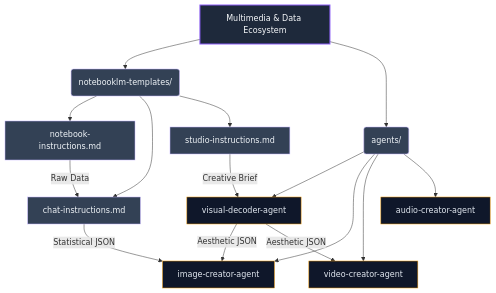
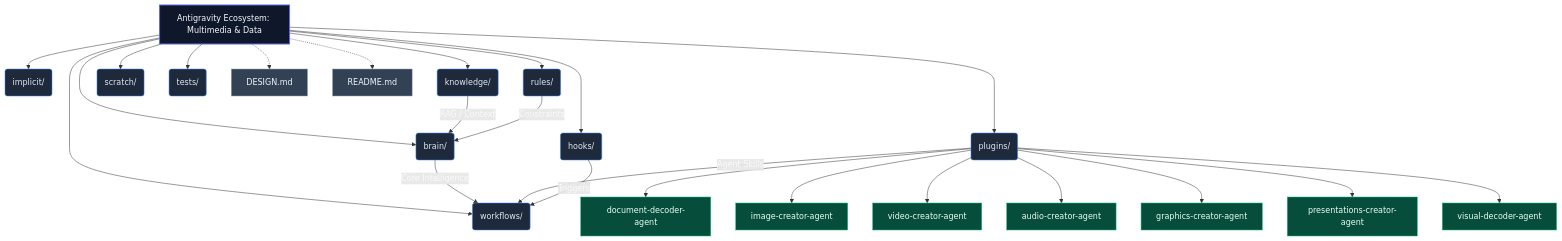
Before and after one commit to Nomackleo/agents-factory: the diagram in agents-factory/multimedia-data-ecosystem/README.md, drawn with Mermaid. The commit also changed other lines of this file and 83 other files, not shown here.

Commit message:
feat: implement codebase-memory-mcp (SQLite) and graphify CLI indexer

````diff
--- a/agents-factory/multimedia-data-ecosystem/README.md
+++ b/agents-factory/multimedia-data-ecosystem/README.md
@@ -15,34 +14,47 @@
 ```mermaid
 graph TD
     %% Core Nodes
-    A[Multimedia & Data Ecosystem] --> B(notebooklm-templates/)
-    A --> C(agents/)
+    A[Antigravity Ecosystem: Multimedia & Data]
+    
+    %% Folders
+    A --> B(brain/)
+    A --> C(hooks/)
+    A --> D(implicit/)
+    A --> E(knowledge/)
+    A --> F(plugins/)
+    A --> G(rules/)
+    A --> H(scratch/)
+    A --> I(tests/)
+    A --> J(workflows/)
+    
+    %% Documents
+    A -.-> K[DESIGN.md]
+    A -.-> L[README.md]
 
-    %% NotebookLM
-    B --> B1[notebook-instructions.md]
-    B --> B2[chat-instructions.md]
-    B --> B3[studio-instructions.md]
+    %% Dependencies
+    B -->|Core Intelligence| J
+    F -->|Agent Skills| J
+    E -->|RAG / Context| B
+    G -->|Constraints| B
+    C -->|Triggers| J
     
-    %% Gemini Agents
-    C --> C1[visual-decoder-agent]
-    C --> C2[image-creator-agent]
-    C --> C3[video-creator-agent]
-    C --> C4[audio-creator-agent]
+    %% Plugins breakdown
+    F --> F1[document-decoder-agent]
+    F --> F2[image-creator-agent]
+    F --> F3[video-creator-agent]
+    F --> F4[audio-creator-agent]
+    F --> F5[graphics-creator-agent]
+    F --> F6[presentations-creator-agent]
+    F --> F7[visual-decoder-agent]
 
-    %% Interactions (Data Flow)
-    B1 -->|Raw Data| B2
-    B2 -->|Statistical JSON| C2
-    B3 -->|Creative Brief| C1
-    C1 -->|Aesthetic JSON| C2
-    C1 -->|Aesthetic JSON| C3
+    %% Styling
+    classDef root fill:#0F172A,stroke:#6366F1,stroke-width:2px,color:#F8FAFC
+    classDef folder fill:#1E293B,stroke:#3B82F6,stroke-width:1px,color:#E2E8F0
+    classDef asset fill:#334155,stroke:#94A3B8,stroke-width:1px,color:#F1F5F9
+    classDef plugin fill:#064E3B,stroke:#10B981,stroke-width:1px,color:#ECFDF5
     
-    %% Styling
-    classDef domain fill:#1E293B,stroke:#8B5CF6,stroke-width:2px,color:#F8FAFC
-    classDef file fill:#334155,stroke:#C4B5FD,stroke-width:1px,color:#F1F5F9
-    classDef agent fill:#0F172A,stroke:#F59E0B,stroke-width:1px,color:#E2E8F0
-    
-    class A domain
-    class B,C file
-    class B1,B2,B3 file
-    class C1,C2,C3,C4 agent
+    class A root
+    class B,C,D,E,F,G,H,I,J folder
+    class K,L asset
+    class F1,F2,F3,F4,F5,F6,F7 plugin
 ```
````
